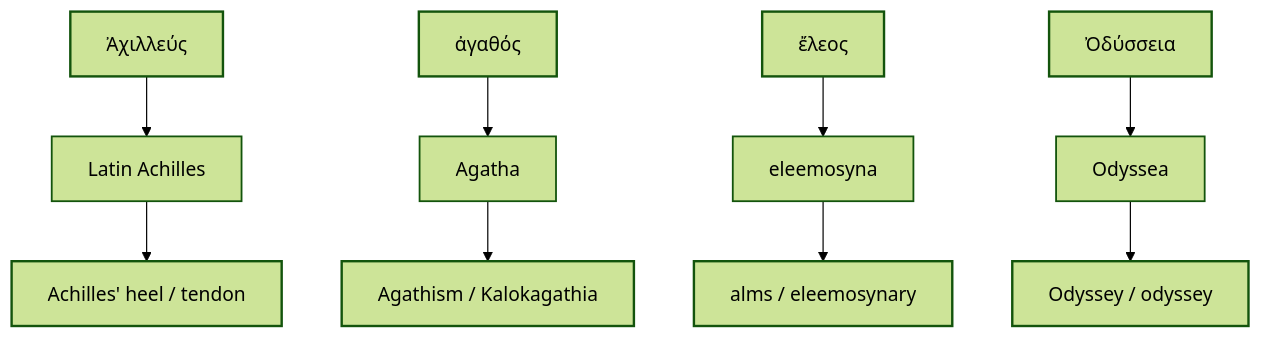
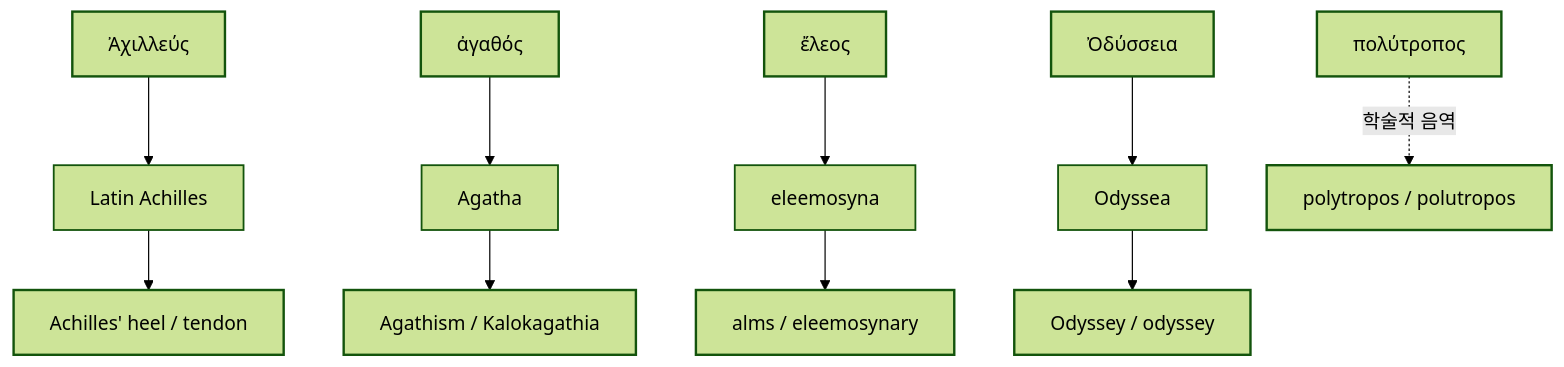
One commit to YgHnSIM/Homer_wiki changed the diagram in words/index.md. Above: the diagram before and after it, drawn with Mermaid (forest theme). The commit also changed other lines of this file and 7 other files, not shown here.

````diff
--- a/words/index.md
+++ b/words/index.md
@@ -19,11 +19,12 @@
 ```mermaid
 graph TB
     classDef greek stroke-width:2px;
     classDef latin stroke-width:1.5px;
     classDef english stroke-width:2px;
 
     G1["Ἀχιλλεύς"]:::greek --> L1["Latin Achilles"]:::latin --> E1["Achilles' heel / tendon"]:::english
     G2["ἀγαθός"]:::greek --> L2["Agatha"]:::latin --> E2["Agathism / Kalokagathia"]:::english
     G3["ἔλεος"]:::greek --> L3["eleemosyna"]:::latin --> E3["alms / eleemosynary"]:::english
     G4["Ὀδύσσεια"]:::greek --> L4["Odyssea"]:::latin --> E4["Odyssey / odyssey"]:::english
+    G5["πολύτροπος"]:::greek -. "학술적 음역" .-> E5["polytropos / polutropos"]:::english
 ```
````
